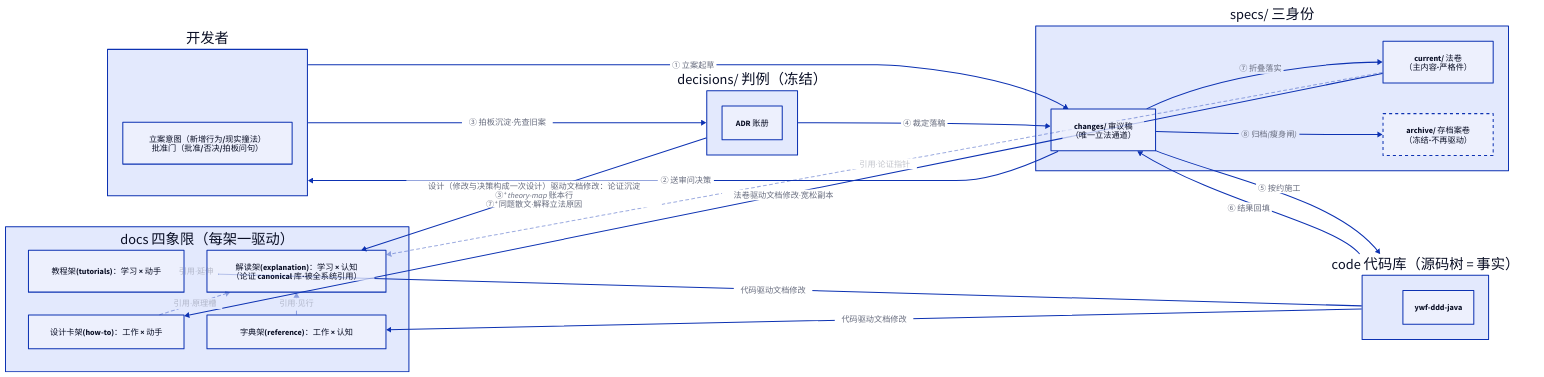
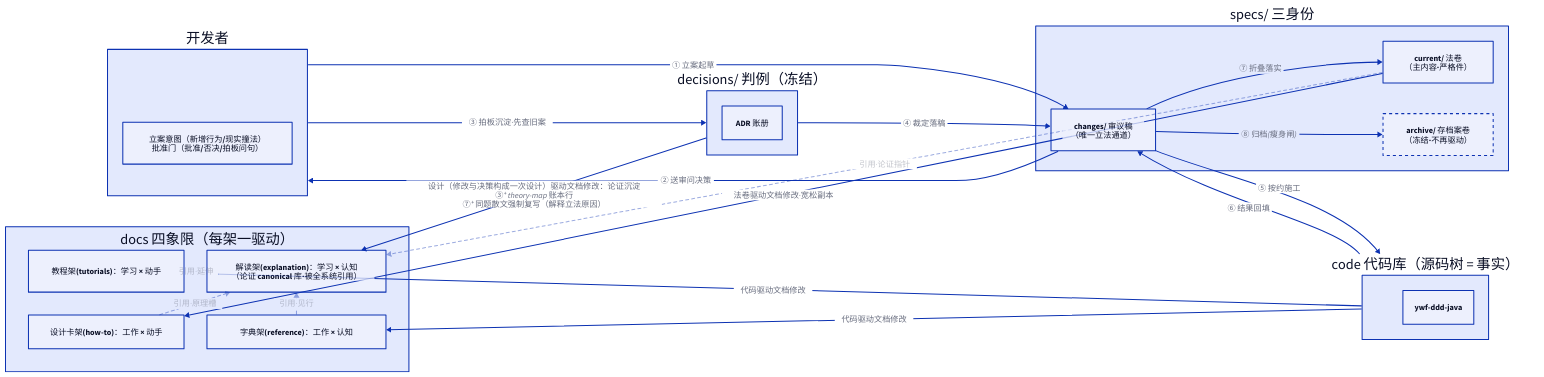
One commit to yoursweakfoe/ywf-ddd-java changed the diagram in knowledge/diagrams/knowledge/README/drive-relations.d2. Above: the diagram before and after it, drawn with D2. The commit also changed 14 other files, not shown here.

```diff
--- a/knowledge/diagrams/knowledge/README/drive-relations.d2
+++ b/knowledge/diagrams/knowledge/README/drive-relations.d2
@@ -1,61 +1,62 @@
 direction: right
 
 # 发起与裁决同人：开发者 = 项目主（图外无第三方）；容器内部层只写身份不写动作细节
 dev: {
   label: "开发者"
   role: "立案意图（新增行为/现实撞法）\n批准门（批准/否决/拍板问句）"
 }
 
 code: {
   label: "code 代码库（源码树 = 事实）"
   repo: "ywf-ddd-java"
 }
 
 dec: {
   label: "decisions/ 判例（冻结）"
   adrs: "ADR 账册"
 }
 
 specs: {
   label: "specs/ 三身份"
   changes: "changes/ 审议稿\n（唯一立法通道）"
   current: "current/ 法卷\n（主内容·严格件）"
   archive: "archive/ 存档案卷\n（冻结·不再驱动）" { style.stroke-dash: 3 }
 }
 
 docs: {
   label: "docs 四象限（每架一驱动）"
   grid-columns: 2
   grid-rows: 2
   grid-gap: 45
   tutorials: "教程架(tutorials)：学习 × 动手"
   how-to: "设计卡架(how-to)：工作 × 动手"
   explanation: "解读架(explanation)：学习 × 认知\n（论证 canonical 库·被全系统引用）"
   reference: "字典架(reference)：工作 × 认知"
 }
 
 # ── 立法流程 ①–⑧（编号=先后序；全量语义在 README 锚表，图上只留工序名）──
 # near: center = 标签钉死本线中点（TALA 默认自动侧移避让，密区里标签会漂到邻线上造成误读）
 dev -> specs.changes: "① 立案起草" { near: center }
 specs.changes -> dev: "② 送审问决策" { near: center }
 # 判例先行折入 ③ 标签：裁前必翻 decisions/ 旧案；撞案=新立 ADR supersede，旧案正文一个字不动
 dev -> dec: "③ 拍板沉淀·先查旧案" { near: center }
 dec -> specs.changes: "④ 裁定落稿" { near: center }
 specs.changes -> code: "⑤ 按约施工" { near: center }
 code -> specs.changes: "⑥ 结果回填" { near: center }
 specs.changes -> specs.current: "⑦ 折叠落实" { near: center }
 specs.changes -> specs.archive: "⑧ 归档(瘦身闸)" { near: center }
-# 论证沉淀不是静态关系，是挂在线上两个时刻的分支义务：③⁺ 账本行（归属法§4 新设计决策行，与ADR同案）；
-# ⑦⁺ 同题散文随动（new-bill 6.4 连带义务——法未定稿，散文没有稳定对象，故等折叠同PR）
-dec -> docs.explanation: "设计（修改与决策构成一次设计）驱动文档修改：论证沉淀\n③⁺ theory-map 账本行\n⑦⁺ 同题散文·解释立法原因" { near: center }
+# 论证沉淀=挂在线上两个时刻的分支义务（ADR-0036 后 ⑦⁺ 升格强制复写）：
+# ③⁺ theory-map 账本行（与 ADR 同案）；⑦⁺ 沉淀论证复写入同题解读篇、篇脚回指 ADR 快照——
+# 卷宗=冻结的事件与当时思考，解读=活的现行道理，重叠是源流非双写（归属法 §1 三类件分家）
+dec -> docs.explanation: "设计（修改与决策构成一次设计）驱动文档修改：论证沉淀\n③⁺ theory-map 账本行\n⑦⁺ 同题散文强制复写（解释立法原因）" { near: center }
 
 # ── 四象限静态驱动源（无编号 = 常态归属，非流程）──
 code -> docs.tutorials: "代码驱动文档修改" { near: center }
 code -> docs.reference: "代码驱动文档修改" { near: center }
 specs.current -> docs.how-to: "法卷驱动文档修改·宽松副本" { near: center }
 
 # ── 解读架引用面（淡虚线 = 阅读时引用，非驱动；时效仍经论证中转）──
 docs.how-to -> docs.explanation: "引用·原理槽" { style.stroke-dash: 3; style.opacity: 0.4 }
 docs.reference -> docs.explanation: "引用·见行" { style.stroke-dash: 3; style.opacity: 0.4 }
 docs.tutorials -> docs.explanation: "引用·延伸" { style.stroke-dash: 3; style.opacity: 0.4 }
 specs.current -> docs.explanation: "引用·论证指针" { style.stroke-dash: 3; style.opacity: 0.4 }
```
